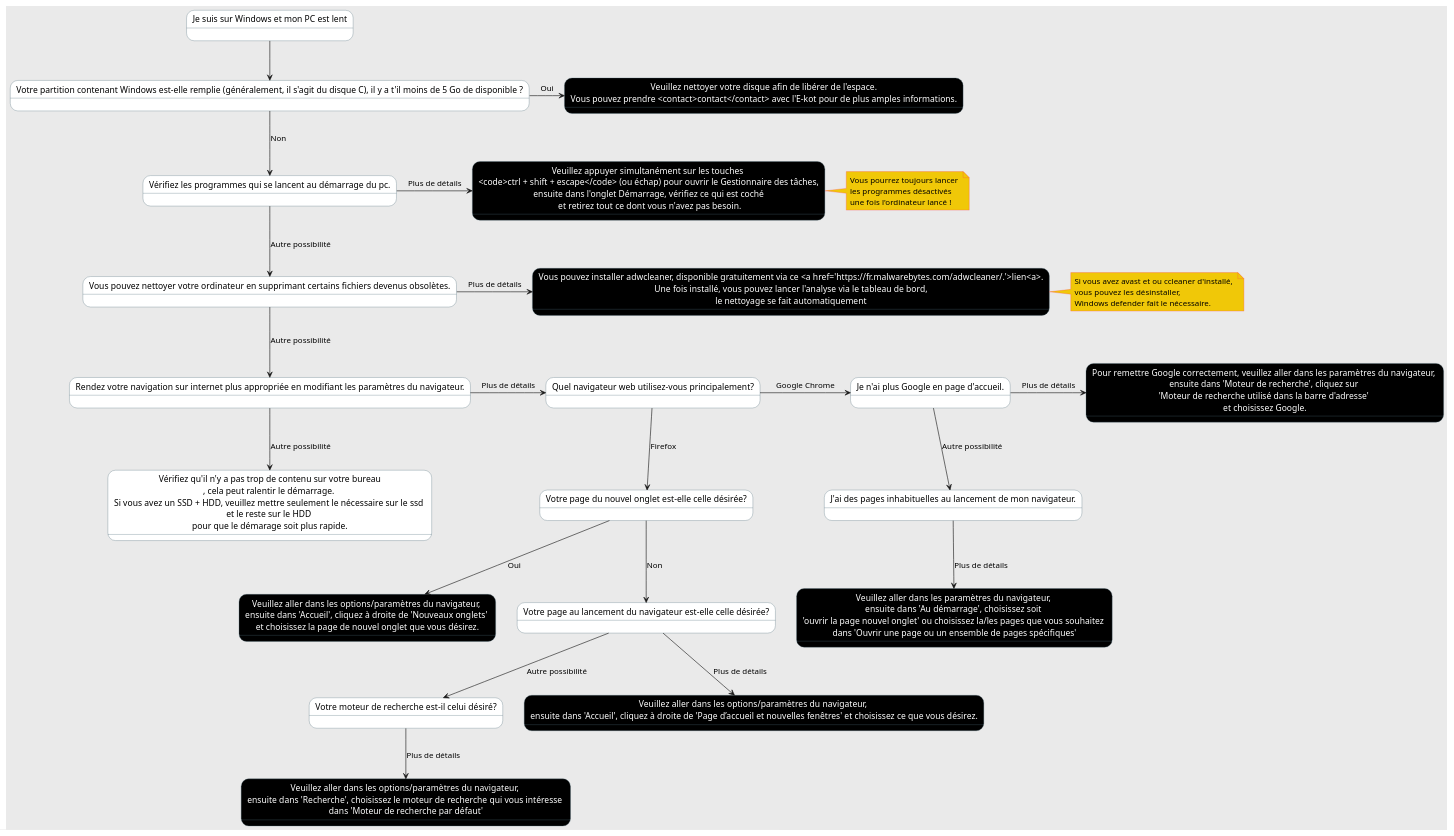
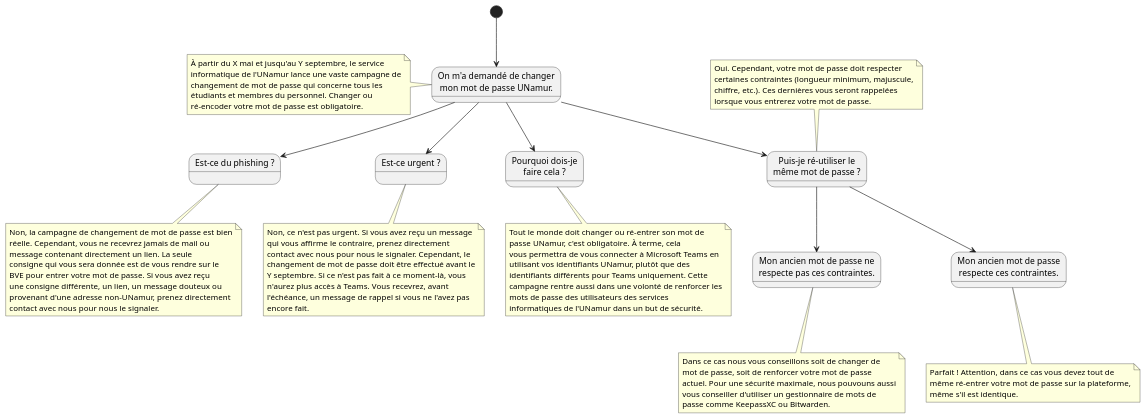
One commit to e-kot-unamur/aide changed the diagram in client/src/static/diagrams/3/diagram.plantuml. Above: the diagram before and after it, drawn with PlantUML. The commit also changed 22 other files, not shown here.

Commit message:
Mise à jour contenu wifi et réordonnancement des diagrammes

```diff
--- a/client/src/static/diagrams/3/diagram.plantuml
+++ b/client/src/static/diagrams/3/diagram.plantuml
@@ -1,75 +1,87 @@
 @startuml
-skinparam backgroundColor #EAEAEA
-skinparam note {
-    BackgroundColor #F0C808
-    BorderColor #FE4A49
-}
-skinparam state {
-    BackgroundColor #fff
-    BackgroundColor<<Leaf>> #000000
-    FontColor<<Leaf>> #FFF
-    BorderColor #4F6D7A
+
+state "On m'a demandé de changer\nmon mot de passe UNamur." as root
+
+note left of root {
+    À partir du X mai et jusqu'au Y septembre, le service
+    informatique de l'UNamur lance une vaste campagne de
+    changement de mot de passe qui concerne tous les
+    étudiants et membres du personnel. Changer ou
+    ré-encoder votre mot de passe est obligatoire.
 }
 
-state "Je suis sur Windows et mon PC est lent" as root
+state "Est-ce du phishing ?" as questionPhishing
 
-state "Votre partition contenant Windows est-elle remplie (généralement, il s'agit du disque C), il y a t'il moins de 5 Go de disponible ?" as diskState
+note bottom of questionPhishing {
+    Non, la campagne de changement de mot de passe est bien
+    réelle. Cependant, vous ne recevrez jamais de mail ou
+    message contenant directement un lien. La seule
+    consigne qui vous sera donnée est de vous rendre sur le
+    BVE pour entrer votre mot de passe. Si vous avez reçu
+    une consigne différente, un lien, un message douteux ou
+    provenant d'une adresse non-UNamur, prenez directement
+    contact avec nous pour nous le signaler.
+}
 
-state "Vérifiez les programmes qui se lancent au démarrage du pc." as startup 
+state "Est-ce urgent ?" as questionUrgency
 
-state "Vous pouvez nettoyer votre ordinateur en supprimant certains fichiers devenus obsolètes." as clean
+note bottom of questionUrgency {
+    Non, ce n'est pas urgent. Si vous avez reçu un message
+    qui vous affirme le contraire, prenez directement
+    contact avec nous pour nous le signaler. Cependant, le
+    changement de mot de passe doit être effectué avant le
+    Y septembre. Si ce n'est pas fait à ce moment-là, vous
+    n'aurez plus accès à Teams. Vous recevrez, avant
+    l'échéance, un message de rappel si vous ne l'avez pas
+    encore fait.
+}
 
-state "Rendez votre navigation sur internet plus appropriée en modifiant les paramètres du navigateur." as browsing
+state "Puis-je ré-utiliser le\nmême mot de passe ?" as questionIdentical
 
-state "Quel navigateur web utilisez-vous principalement?" as browser
+note top of questionIdentical {
+    Oui. Cependant, votre mot de passe doit respecter
+    certaines contraintes (longueur minimum, majuscule,
+    chiffre, etc.). Ces dernières vous seront rappelées
+    lorsque vous entrerez votre mot de passe.
+}
 
-state "Je n'ai plus Google en page d'accueil." as newPageG
-state "J'ai des pages inhabituelles au lancement de mon navigateur." as startBrowserG
+state "Mon ancien mot de passe\nrespecte ces contraintes." as questionIdenticalOk
 
-state "Votre page du nouvel onglet est-elle celle désirée?" as newPageF
-state "Votre page au lancement du navigateur est-elle celle désirée?" as startBrowserF
-state "Votre moteur de recherche est-il celui désiré?" as searchEngineF
+note bottom of questionIdenticalOk {
+    Parfait ! Attention, dans ce cas vous devez tout de
+    même ré-entrer votre mot de passe sur la plateforme,
+    même s'il est identique.
+}
 
-state "Vérifiez qu'il n'y a pas trop de contenu sur votre bureau\n, cela peut ralentir le démarrage. \nSi vous avez un SSD + HDD, veuillez mettre seulement le nécessaire sur le ssd \net le reste sur le HDD \npour que le démarage soit plus rapide." as other
+state "Mon ancien mot de passe ne\nrespecte pas ces contraintes." as questionIdenticalKo
 
-state "Veuillez nettoyer votre disque afin de libérer de l'espace.\nVous pouvez prendre <contact>contact</contact> avec l'E-kot pour de plus amples informations." as diskSol <<Leaf>>
-state "Veuillez appuyer simultanément sur les touches \n<code>ctrl + shift + escape</code> (ou échap) pour ouvrir le Gestionnaire des tâches,\nensuite dans l'onglet Démarrage, vérifiez ce qui est coché\n et retirez tout ce dont vous n'avez pas besoin." as startupSol <<Leaf>>
-state "Vous pouvez installer adwcleaner, disponible gratuitement via ce <a href='https://fr.malwarebytes.com/adwcleaner/.'>lien<a>.\nUne fois installé, vous pouvez lancer l'analyse via le tableau de bord,\nle nettoyage se fait automatiquement" as cleanSol <<Leaf>>
+note bottom of questionIdenticalKo {
+    Dans ce cas nous vous conseillons soit de changer de
+    mot de passe, soit de renforcer votre mot de passe
+    actuel. Pour une sécurité maximale, nous pouvouns aussi
+    vous conseiller d'utiliser un gestionnaire de mots de
+    passe comme KeepassXC ou Bitwarden.
+}
 
-state "Pour remettre Google correctement, veuillez aller dans les paramètres du navigateur, \nensuite dans 'Moteur de recherche', cliquez sur \n'Moteur de recherche utilisé dans la barre d'adresse' \net choisissez Google." as newPageLeafG <<Leaf>>
-state "Veuillez aller dans les paramètres du navigateur, \nensuite dans 'Au démarrage', choisissez soit \n'ouvrir la page nouvel onglet' ou choisissez la/les pages que vous souhaitez \ndans 'Ouvrir une page ou un ensemble de pages spécifiques'" as startBrowserLeafG <<Leaf>>
+state "Pourquoi dois-je\nfaire cela ?" as questionWhy
 
-state "Veuillez aller dans les options/paramètres du navigateur, \nensuite dans 'Accueil', cliquez à droite de 'Nouveaux onglets' \net choisissez la page de nouvel onglet que vous désirez." as newPageLeafF <<Leaf>>
-state "Veuillez aller dans les options/paramètres du navigateur, \nensuite dans 'Accueil', cliquez à droite de 'Page d’accueil et nouvelles fenêtres' et choisissez ce que vous désirez." as startBrowserLeafF <<Leaf>>
-state "Veuillez aller dans les options/paramètres du navigateur, \nensuite dans 'Recherche', choisissez le moteur de recherche qui vous intéresse \ndans 'Moteur de recherche par défaut'" as searchEngineLeafF <<Leaf>>
+note bottom of questionWhy {
+    Tout le monde doit changer ou ré-entrer son mot de
+    passe UNamur, c'est obligatoire. À terme, cela
+    vous permettra de vous connecter à Microsoft Teams en
+    utilisant vos identifiants UNamur, plutôt que des
+    identifiants différents pour Teams uniquement. Cette
+    campagne rentre aussi dans une volonté de renforcer les
+    mots de passe des utilisateurs des services
+    informatiques de l'UNamur dans un but de sécurité.
+}
 
-note right of startupSol : Vous pourrez toujours lancer \nles programmes désactivés \nune fois l'ordinateur lancé !
-note right of cleanSol : Si vous avez avast et ou ccleaner d'installé, \nvous pouvez les désinstaller, \nWindows defender fait le nécessaire.
-
-root --> diskState
-
-diskState -> diskSol: Oui
-diskState --> startup: Non
-
-startup -> startupSol: Plus de détails
-startup --> clean: Autre possibilité
-
-clean -> cleanSol: Plus de détails 
-clean --> browsing: Autre possibilité 
-
-browsing -> browser: Plus de détails
-browsing --> other: Autre possibilité
-
-browser -> newPageG: Google Chrome
-newPageG -> newPageLeafG: Plus de détails
-newPageG --> startBrowserG: Autre possibilité
-startBrowserG --> startBrowserLeafG: Plus de détails
-
-browser --> newPageF : Firefox
-newPageF --> newPageLeafF: Oui
-newPageF --> startBrowserF: Non
-startBrowserF --> startBrowserLeafF: Plus de détails
-startBrowserF --> searchEngineF: Autre possibilité
-searchEngineF --> searchEngineLeafF: Plus de détails
+[*] --> root
+root --> questionPhishing
+root --> questionUrgency
+root --> questionIdentical
+root --> questionWhy
+questionIdentical --> questionIdenticalOk
+questionIdentical --> questionIdenticalKo
 
 @enduml
```
